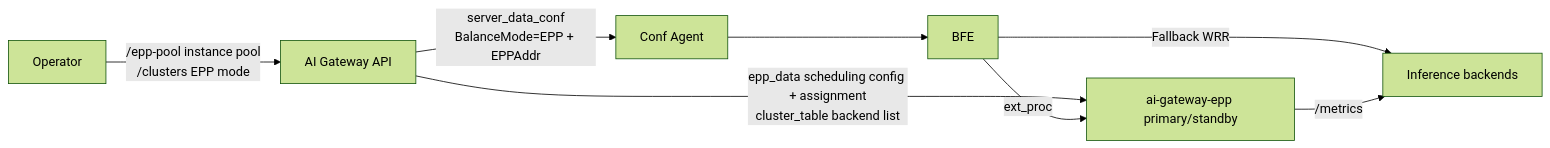
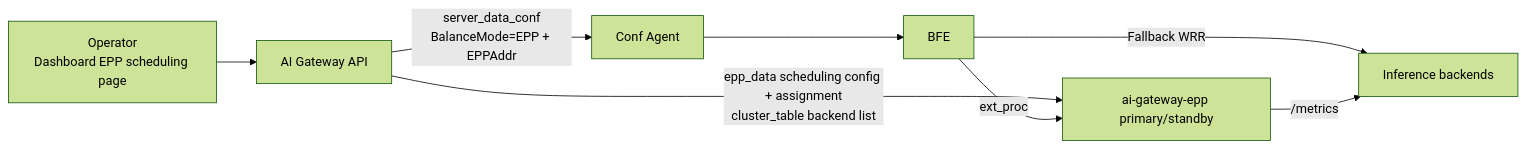
The first of 2 diagrams in en_us/operation/chapter26-epp-scheduling-operation.md (mileszhang2016/rainway-book), drawn with Mermaid (forest theme) before and after one commit. The commit also changed other lines of this file and 23 other files, not shown here.

````diff
--- a/en_us/operation/chapter26-epp-scheduling-operation.md
+++ b/en_us/operation/chapter26-epp-scheduling-operation.md
@@ -45,10 +45,10 @@
 ```mermaid
 flowchart LR
-    OP[Operator] -->|/epp-pool instance pool<br/>/clusters EPP mode| API[AI Gateway API]
+    OP[Operator<br/>Dashboard EPP scheduling page] --> API[AI Gateway API]
     API -->|server_data_conf<br/>BalanceMode=EPP + EPPAddr| CA[Conf Agent]
     CA --> BFE[BFE]
     API -->|epp_data scheduling config + assignment<br/>cluster_table backend list| EPP[ai-gateway-epp primary/standby]
     BFE -->|ext_proc| EPP
     BFE -->|Fallback WRR| RS[Inference backends]
     EPP -->|/metrics| RS
 ```
````
